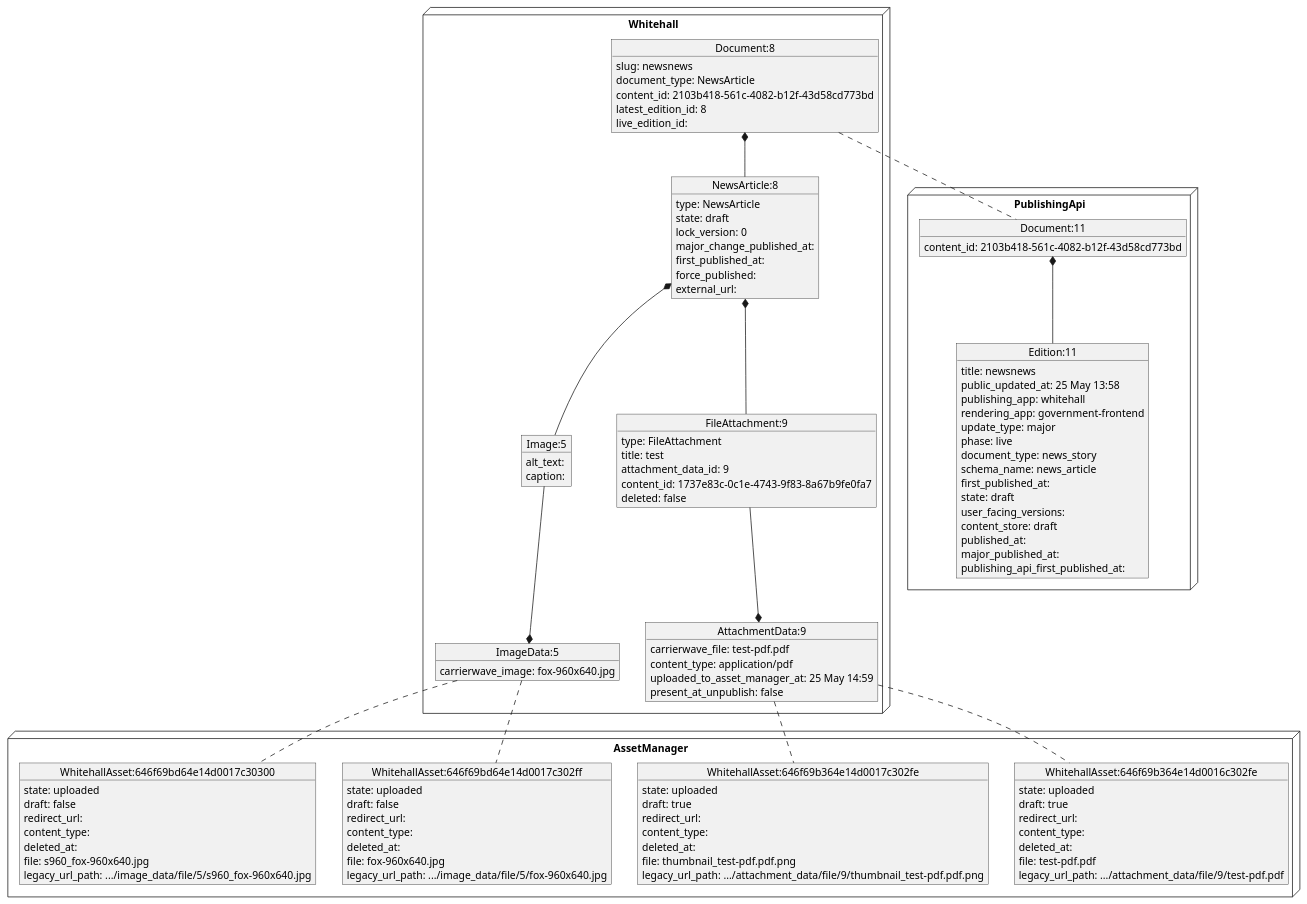
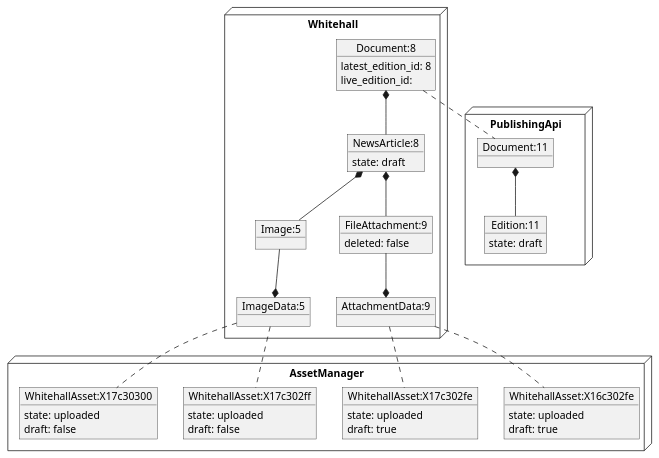
Before and after one commit to alphagov/whitehall: the diagram in docs/diagrams/asset_management/asset_scenarios/unpublish_published_doc/1_draft.puml, drawn with PlantUML. The commit also changed 16 other files, not shown here.

Commit message:
added unpublish asset scenario docs

```diff
--- a/docs/diagrams/asset_management/asset_scenarios/unpublish_published_doc/1_draft.puml
+++ b/docs/diagrams/asset_management/asset_scenarios/unpublish_published_doc/1_draft.puml
@@ -1,120 +1,64 @@
 @startuml
 node Whitehall {
 object "Document:8" as Document_8 {
-  slug: newsnews
-  document_type: NewsArticle
-  content_id: 2103b418-561c-4082-b12f-43d58cd773bd
   latest_edition_id: 8
   live_edition_id:
 }
 together {
 object "NewsArticle:8" as NewsArticle_8 {
-  type: NewsArticle
   state: draft
-  lock_version: 0
-  major_change_published_at:
-  first_published_at:
-  force_published:
-  external_url:
 }
 Document_8 *-- NewsArticle_8
 object "FileAttachment:9" as FileAttachment_9 {
-  type: FileAttachment
-  title: test
-  attachment_data_id: 9
-  content_id: 1737e83c-0c1e-4743-9f83-8a67b9fe0fa7
   deleted: false
 }
 NewsArticle_8 *-- FileAttachment_9
 object "Image:5" as Image_5 {
-  alt_text:
-  caption:
 }
 NewsArticle_8 *-- Image_5
 }
 object "AttachmentData:9" as AttachmentData_9 {
-  carrierwave_file: test-pdf.pdf
-  content_type: application/pdf
-  uploaded_to_asset_manager_at: 25 May 14:59
-  present_at_unpublish: false
 }
 AttachmentData_9 *-u- FileAttachment_9
 object "ImageData:5" as ImageData_5 {
-  carrierwave_image: fox-960x640.jpg
 }
 ImageData_5 *-u- Image_5
 }
 
 
 node PublishingApi {
 object "Document:11" as pubapi_Document_11 {
-  content_id: 2103b418-561c-4082-b12f-43d58cd773bd
 }
 object "Edition:11" as pubapi_Edition_11 {
-  title: newsnews
-  public_updated_at: 25 May 13:58
-  publishing_app: whitehall
-  rendering_app: government-frontend
-  update_type: major
-  phase: live
-  document_type: news_story
-  schema_name: news_article
-  first_published_at:
   state: draft
-  user_facing_versions:
-  content_store: draft
-  published_at:
-  major_published_at:
-  publishing_api_first_published_at:
 }
 pubapi_Document_11 *-- pubapi_Edition_11
 }
 
 
 
 node AssetManager {
-object "WhitehallAsset:646f69b364e14d0016c302fe" as am_WhitehallAsset_646f69b364e14d0016c302fe {
+object "WhitehallAsset:X16c302fe" as am_WhitehallAsset_X16c302fe {
   state: uploaded
   draft: true
-  redirect_url:
-  content_type:
-  deleted_at:
-  file: test-pdf.pdf
-  legacy_url_path: .../attachment_data/file/9/test-pdf.pdf
 }
-object "WhitehallAsset:646f69b364e14d0017c302fe" as am_WhitehallAsset_646f69b364e14d0017c302fe {
+object "WhitehallAsset:X17c302fe" as am_WhitehallAsset_X17c302fe {
   state: uploaded
   draft: true
-  redirect_url:
-  content_type:
-  deleted_at:
-  file: thumbnail_test-pdf.pdf.png
-  legacy_url_path: .../attachment_data/file/9/thumbnail_test-pdf.pdf.png
 }
-object "WhitehallAsset:646f69bd64e14d0017c302ff" as am_WhitehallAsset_646f69bd64e14d0017c302ff {
+object "WhitehallAsset:X17c302ff" as am_WhitehallAsset_X17c302ff {
   state: uploaded
   draft: false
-  redirect_url:
-  content_type:
-  deleted_at:
-  file: fox-960x640.jpg
-  legacy_url_path: .../image_data/file/5/fox-960x640.jpg
 }
-object "WhitehallAsset:646f69bd64e14d0017c30300" as am_WhitehallAsset_646f69bd64e14d0017c30300 {
+object "WhitehallAsset:X17c30300" as am_WhitehallAsset_X17c30300 {
   state: uploaded
   draft: false
-  redirect_url:
-  content_type:
-  deleted_at:
-  file: s960_fox-960x640.jpg
-  legacy_url_path: .../image_data/file/5/s960_fox-960x640.jpg
 }
 }
 
-
 Document_8 .. pubapi_Document_11
-ImageData_5 .. am_WhitehallAsset_646f69bd64e14d0017c302ff
-ImageData_5 .. am_WhitehallAsset_646f69bd64e14d0017c30300
-AttachmentData_9 .. am_WhitehallAsset_646f69b364e14d0016c302fe
-AttachmentData_9 .. am_WhitehallAsset_646f69b364e14d0017c302fe
+ImageData_5 .. am_WhitehallAsset_X17c302ff
+ImageData_5 .. am_WhitehallAsset_X17c30300
+AttachmentData_9 .. am_WhitehallAsset_X16c302fe
+AttachmentData_9 .. am_WhitehallAsset_X17c302fe
 @enduml
```
